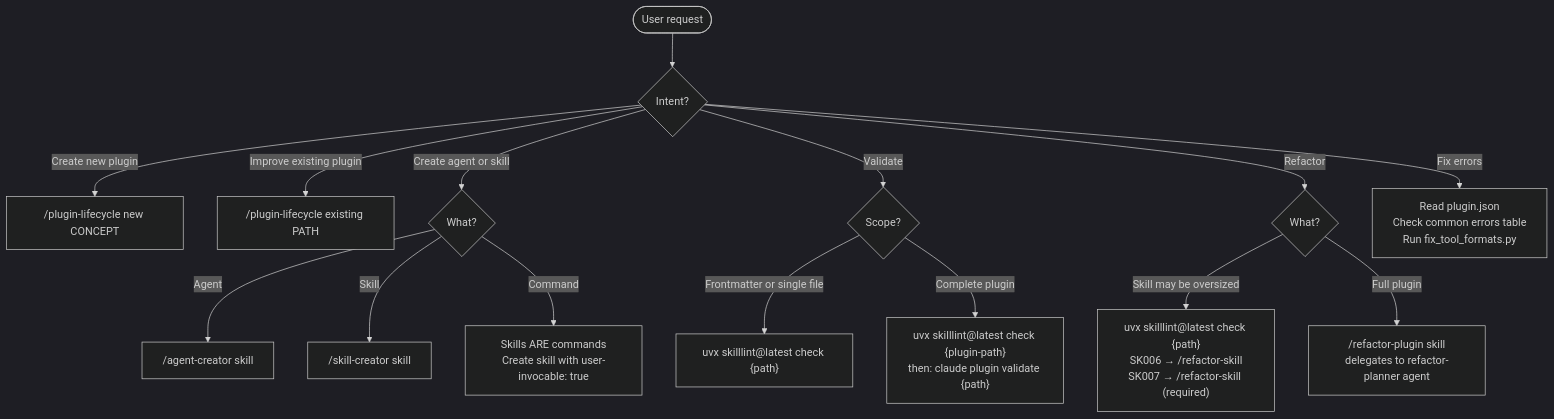
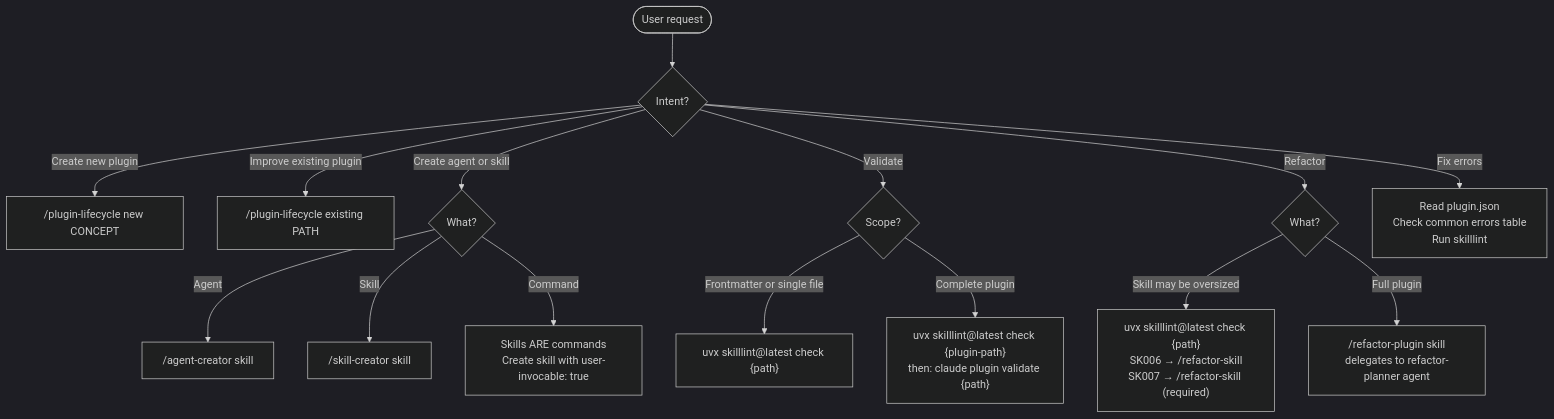
Before and after one commit to Jamie-BitFlight/claude_skills: the diagram in plugins/plugin-creator/CLAUDE.md, drawn with Mermaid (dark theme). The commit also changed other lines of this file and 57 other files, not shown here.

````diff
--- a/plugins/plugin-creator/CLAUDE.md
+++ b/plugins/plugin-creator/CLAUDE.md
@@ -22,20 +22,20 @@
 ```mermaid
 flowchart TD
     Start([User request]) --> Q1{Intent?}
     Q1 -->|"Create new plugin"| Lifecycle["/plugin-lifecycle new CONCEPT"]
     Q1 -->|"Improve existing plugin"| LifecycleExist["/plugin-lifecycle existing PATH"]
     Q1 -->|Create agent or skill| Q2{What?}
     Q1 -->|Validate| Q3{Scope?}
     Q1 -->|Refactor| Q4{What?}
-    Q1 -->|Fix errors| Fix[Read plugin.json<br>Check common errors table<br>Run fix_tool_formats.py]
+    Q1 -->|Fix errors| Fix[Read plugin.json<br>Check common errors table<br>Run skilllint]
 
     Q2 -->|Agent| CreateAgent["/agent-creator skill"]
     Q2 -->|Skill| CreateSkill["/skill-creator skill"]
     Q2 -->|Command| CreateCmd["Skills ARE commands<br>Create skill with user-invocable: true"]
 
     Q3 -->|Frontmatter or single file| ValidFile["uvx skilllint@latest check {path}"]
     Q3 -->|Complete plugin| ValidPlugin["uvx skilllint@latest check {plugin-path}<br>then: claude plugin validate {path}"]
 
     Q4 -->|Skill may be oversized| CheckSize["uvx skilllint@latest check {path}<br>SK006 → /refactor-skill<br>SK007 → /refactor-skill (required)"]
     Q4 -->|Full plugin| RefactorPlugin["/refactor-plugin skill<br>delegates to refactor-planner agent"]
 ```
````
